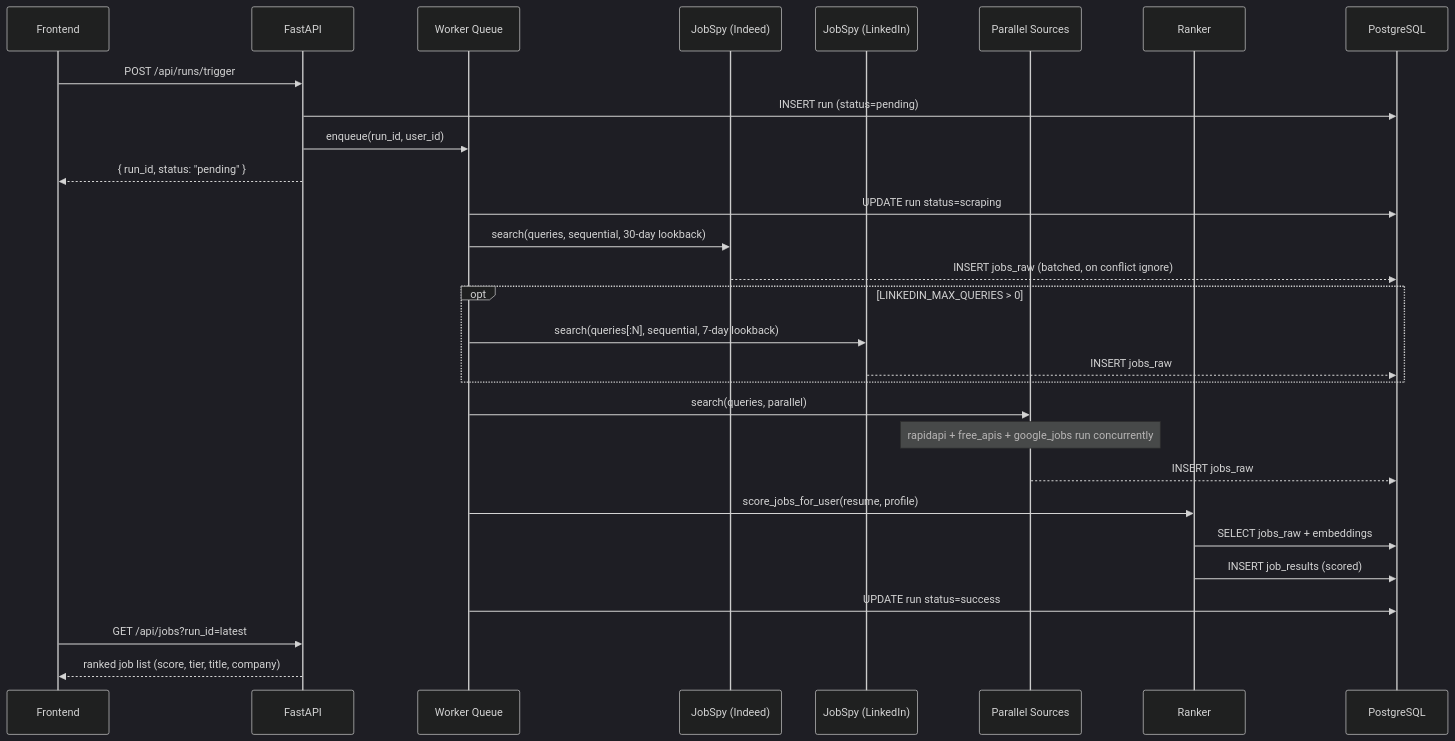
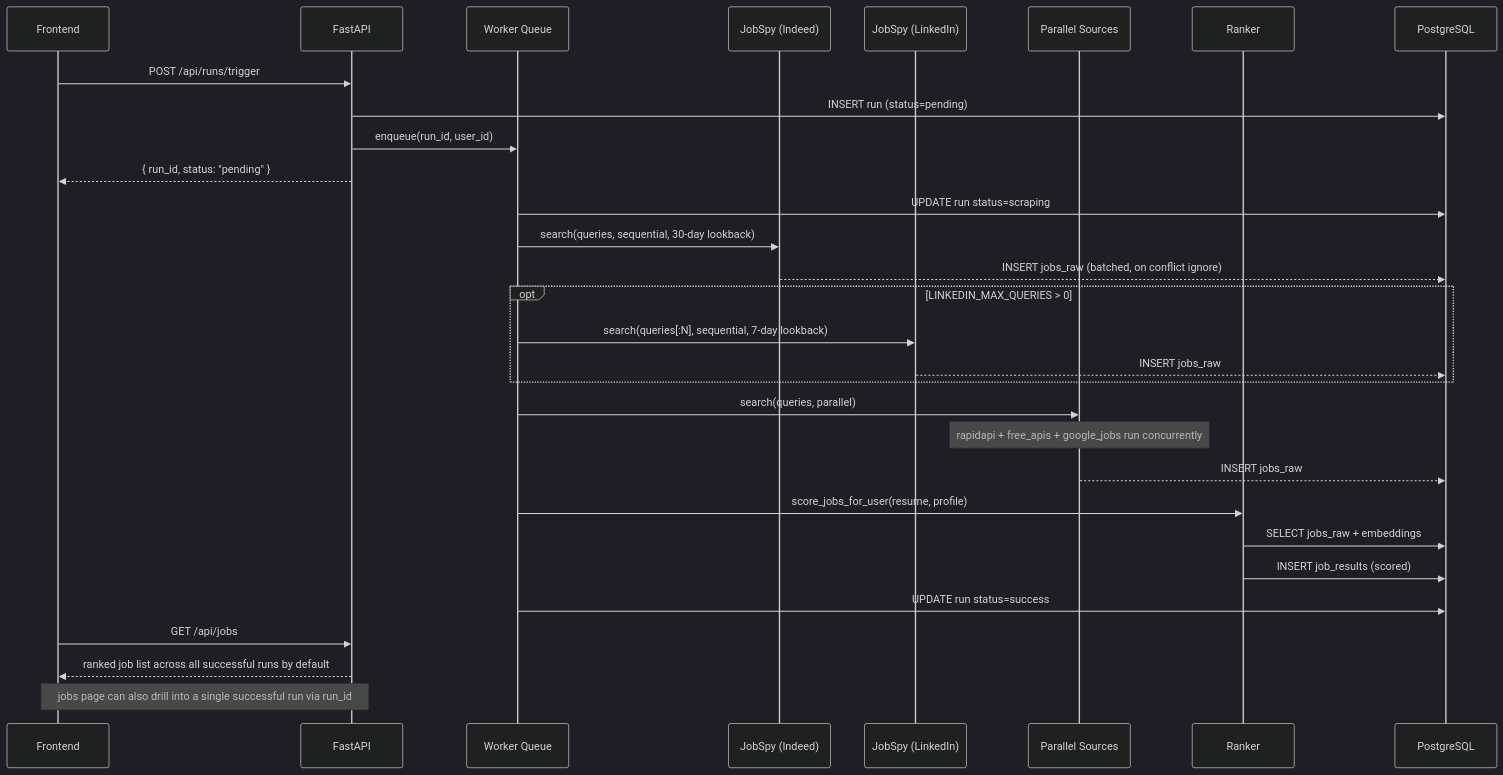
One commit to zharupesh07/signalrank changed the second of 2 diagrams in signalrank/README.md. Above: the diagram before and after it, drawn with Mermaid (dark theme). The commit also changed 9 other files, not shown here.

Commit message:
fix(jobs): preserve run history across scans

````diff
--- a/signalrank/README.md
+++ b/signalrank/README.md
@@ -318,37 +318,38 @@
 ```mermaid
 sequenceDiagram
     participant UI as Frontend
     participant API as FastAPI
     participant Q as Worker Queue
     participant IN as JobSpy (Indeed)
     participant LI as JobSpy (LinkedIn)
     participant PA as Parallel Sources
     participant R as Ranker
     participant DB as PostgreSQL
 
     UI->>API: POST /api/runs/trigger
     API->>DB: INSERT run (status=pending)
     API->>Q: enqueue(run_id, user_id)
     API-->>UI: { run_id, status: "pending" }
 
     Q->>DB: UPDATE run status=scraping
     Q->>IN: search(queries, sequential, 30-day lookback)
     IN-->>DB: INSERT jobs_raw (batched, on conflict ignore)
 
     opt LINKEDIN_MAX_QUERIES > 0
         Q->>LI: search(queries[:N], sequential, 7-day lookback)
         LI-->>DB: INSERT jobs_raw
     end
 
     Q->>PA: search(queries, parallel)
     Note over PA: rapidapi + free_apis + google_jobs run concurrently
     PA-->>DB: INSERT jobs_raw
 
     Q->>R: score_jobs_for_user(resume, profile)
     R->>DB: SELECT jobs_raw + embeddings
     R->>DB: INSERT job_results (scored)
     Q->>DB: UPDATE run status=success
 
-    UI->>API: GET /api/jobs?run_id=latest
-    API-->>UI: ranked job list (score, tier, title, company)
+    UI->>API: GET /api/jobs
+    API-->>UI: ranked job list across all successful runs by default
+    Note over UI,API: jobs page can also drill into a single successful run via run_id
 ```
````
